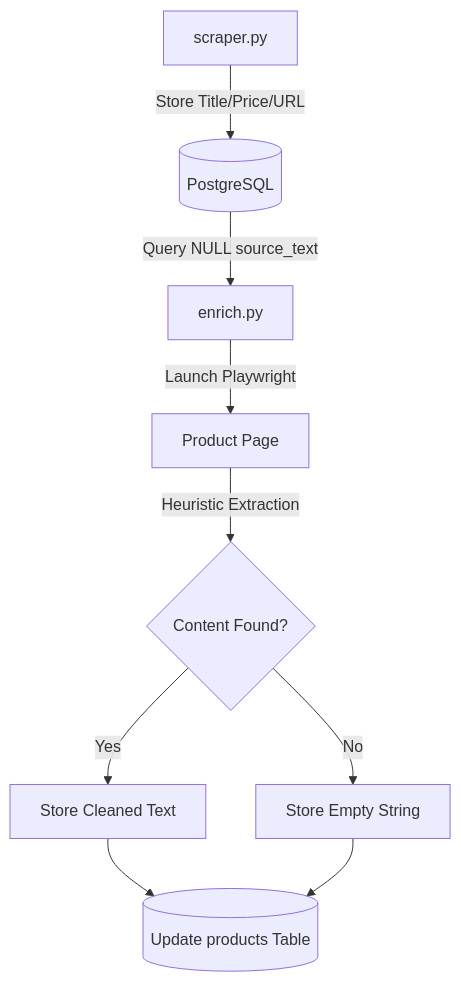
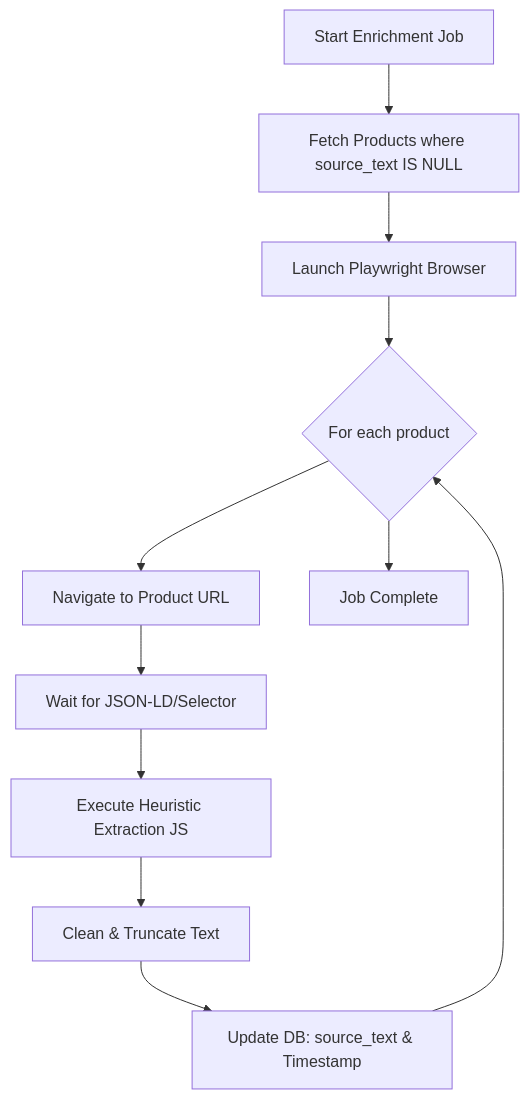
Before and after one commit to Avkroken/Produkter: the first of 2 diagrams in .cubic/wiki/03-section-features/05-feature-enrich.md, drawn with Mermaid. The commit also changed other lines of this file and 46 other files, not shown here.

````diff
--- a/.cubic/wiki/03-section-features/05-feature-enrich.md
+++ b/.cubic/wiki/03-section-features/05-feature-enrich.md
@@ -31,11 +32,13 @@
 ```mermaid
 flowchart TD
-    A[scraper.py] -- "Store Title/Price/URL" --> B[(PostgreSQL)]
-    B -- "Query NULL source_text" --> C[enrich.py]
-    C -- "Launch Playwright" --> D[Product Page]
-    D -- "Heuristic Extraction" --> E{Content Found?}
-    E -- Yes --> F[Store Cleaned Text]
-    E -- No --> G[Store Empty String]
-    F --> H[(Update products Table)]
-    G --> H
+    Start[Start Enrichment Job] --> Fetch[Fetch Products where source_text IS NULL]
+    Fetch --> Browser[Launch Playwright Browser]
+    Browser --> Loop{For each product}
+    Loop --> Load[Navigate to Product URL]
+    Load --> Wait[Wait for JSON-LD/Selector]
+    Wait --> Extract[Execute Heuristic Extraction JS]
+    Extract --> Clean[Clean & Truncate Text]
+    Clean --> Store[Update DB: source_text & Timestamp]
+    Store --> Loop
+    Loop --> End[Job Complete]
 ```
````
